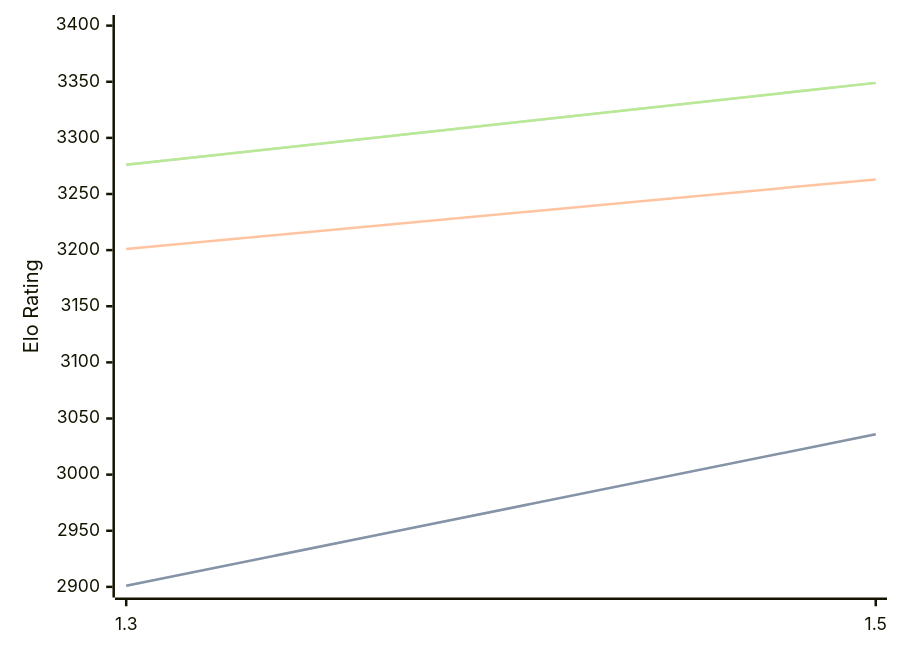
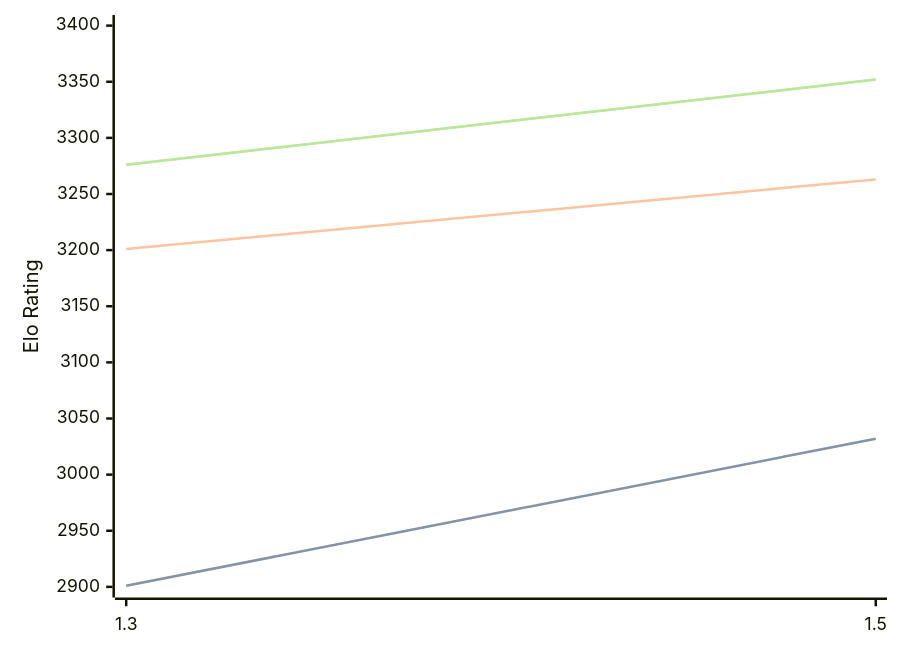
The diagram in engines/Lambergar.md (computer-chess-index/cci), drawn with Mermaid before and after one commit. The commit also changed other lines of this file, not shown here.

Commit message:
Update CCI Ratings (ELO VLTC) - 2026-08-02

````diff
--- a/engines/Lambergar.md
+++ b/engines/Lambergar.md
@@ -44,11 +44,11 @@
 ```mermaid
 %%{init: {"theme":"base","themeVariables":{"seriesColors:['#a3a3a3','#222221','#faa371']}}}%%
 xychart-beta
   x-axis ["1.3", "1.5"]
   y-axis "Elo Rating" 2900 --> 3400
-  line "STC (8.0+0.08s)" [2901, 3036]
-  line "STC (8.0+0.08s)" [2901, 3036]
+  line "STC (8.0+0.08s)" [2901, 3032]
+  line "STC (8.0+0.08s)" [2901, 3032]
   line "LTC (60.0+0.60s)" [3201, 3263]
-  line "VLTC (2m24s+1.12s)" [3276, 3349]
-  line "VLTC (2m24s+1.12s)" [3276, 3349]
+  line "VLTC (2m24s+1.12s)" [3276, 3352]
+  line "VLTC (2m24s+1.12s)" [3276, 3352]
 ```
````
